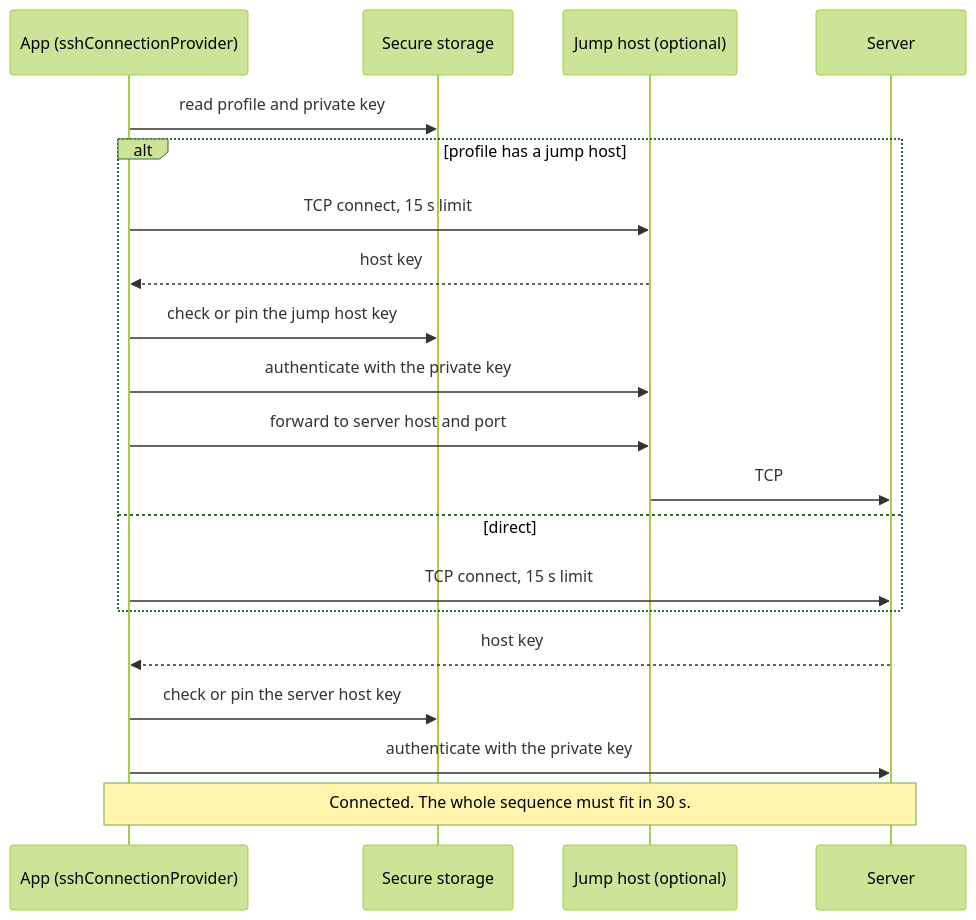
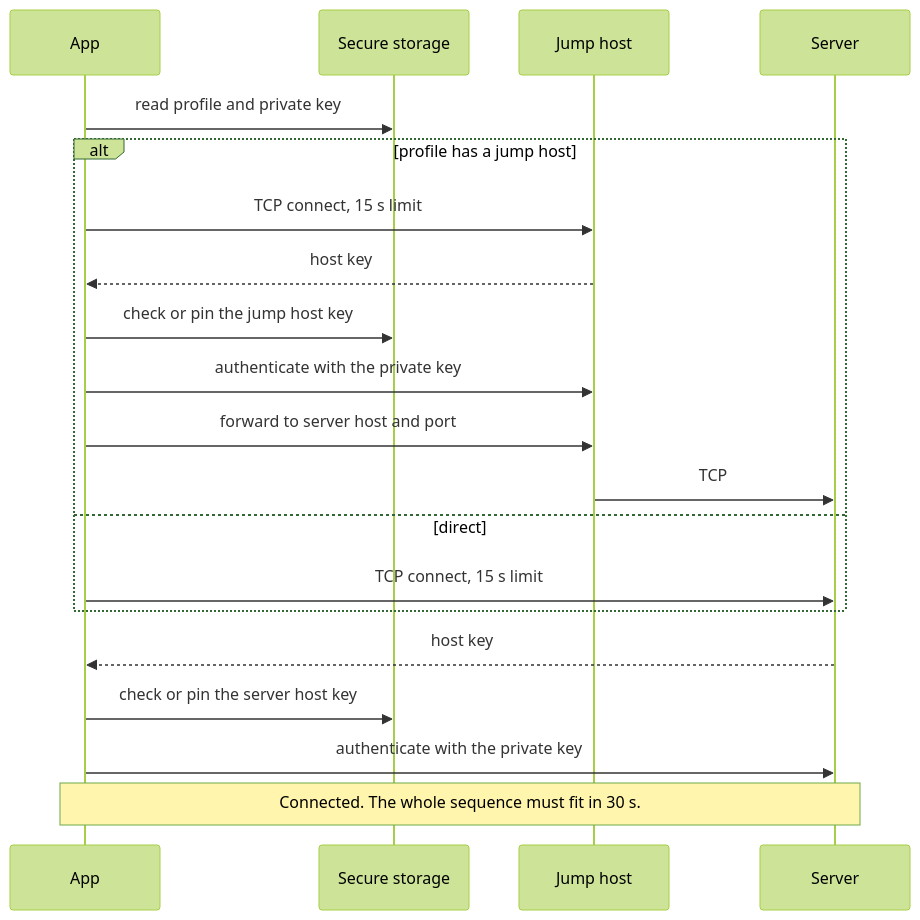
The second of 5 diagrams in README.md (stephaneHerraiz/claude-mobile), drawn with Mermaid (forest theme) before and after one commit. The commit also changed other lines of this file, not shown here.

First line of the commit message:
docs: keep shell syntax out of the README diagrams

````diff
--- a/README.md
+++ b/README.md
@@ -67,23 +67,23 @@
 ```mermaid
 sequenceDiagram
-  participant App as App (sshConnectionProvider)
+  participant App as App
   participant Store as Secure storage
-  participant Jump as Jump host (optional)
+  participant Jump as Jump host
   participant Server
 
   App->>Store: read profile and private key
   alt profile has a jump host
     App->>Jump: TCP connect, 15 s limit
     Jump-->>App: host key
     App->>Store: check or pin the jump host key
     App->>Jump: authenticate with the private key
     App->>Jump: forward to server host and port
     Jump->>Server: TCP
   else direct
     App->>Server: TCP connect, 15 s limit
   end
   Server-->>App: host key
   App->>Store: check or pin the server host key
   App->>Server: authenticate with the private key
   Note over App,Server: Connected. The whole sequence must fit in 30 s.
 ```
````
